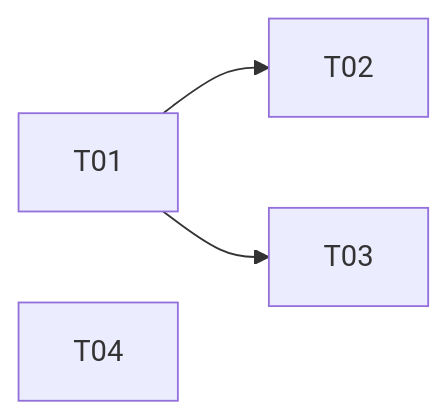
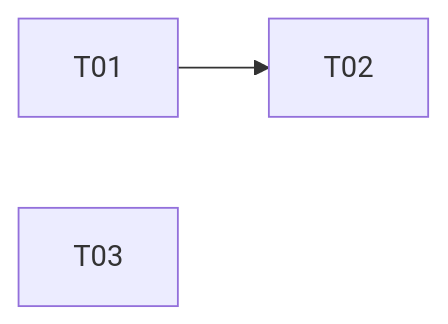
Before and after one commit to yanis-vroland/workflow-tools: the diagram in skills/wf-specs-tickets/SKILL.md, drawn with Mermaid. The commit also changed other lines of this file, not shown here.

````diff
--- a/skills/wf-specs-tickets/SKILL.md
+++ b/skills/wf-specs-tickets/SKILL.md
@@ -192,6 +189,5 @@
 ```mermaid
 graph LR
   T01 --> T02
-  T01 --> T03
-  T04
+  T03
 ```
````
